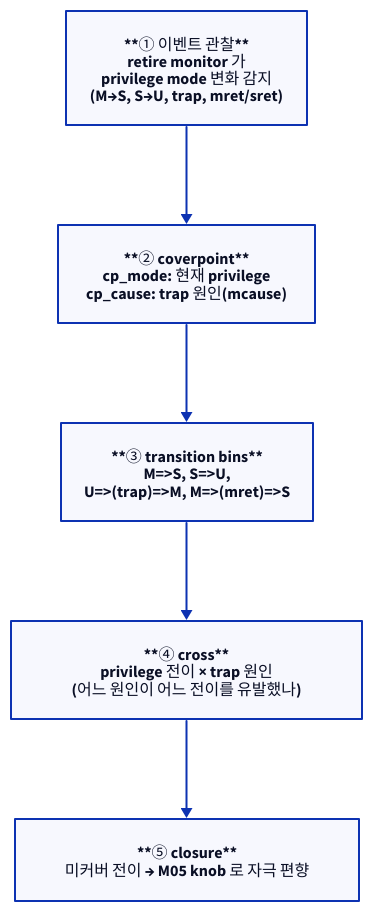
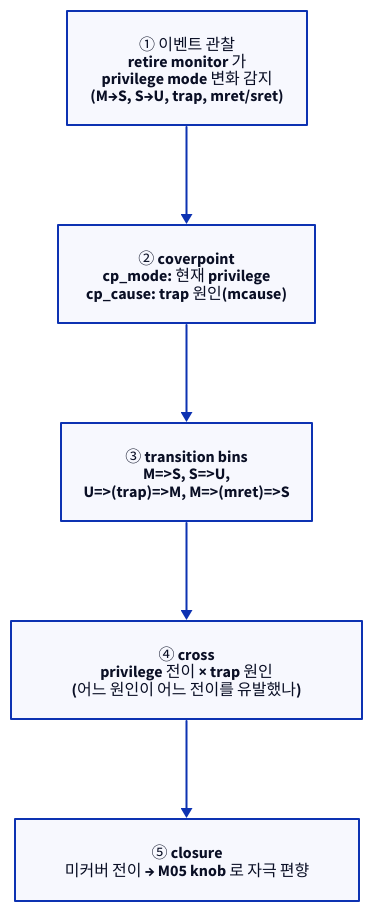
One commit to humbleowl39/DV_SKOOL changed the second of 4 diagrams in starlight_site/src/content/docs/cpu_dv/07_coverage_special_areas.md. Above: the diagram before and after it, drawn with D2. The commit also changed other lines of this file and 714 other files, not shown here.

First line of the commit message:
fix(site): d2 다이어그램 가독성 결함 6종 일괄 수정

````diff
--- a/starlight_site/src/content/docs/cpu_dv/07_coverage_special_areas.md
+++ b/starlight_site/src/content/docs/cpu_dv/07_coverage_special_areas.md
@@ -87,10 +87,10 @@
 ```d2
 direction: down
 
-S1: "**① 이벤트 관찰**\nretire monitor 가\nprivilege mode 변화 감지\n(M→S, S→U, trap, mret/sret)"
-S2: "**② coverpoint**\ncp_mode: 현재 privilege\ncp_cause: trap 원인(mcause)"
-S3: "**③ transition bins**\nM=>S, S=>U,\nU=>(trap)=>M, M=>(mret)=>S"
-S4: "**④ cross**\nprivilege 전이 × trap 원인\n(어느 원인이 어느 전이를 유발했나)"
-S5: "**⑤ closure**\n미커버 전이 → M05 knob 로 자극 편향"
+S1: "① 이벤트 관찰\nretire monitor 가\nprivilege mode 변화 감지\n(M→S, S→U, trap, mret/sret)"
+S2: "② coverpoint\ncp_mode: 현재 privilege\ncp_cause: trap 원인(mcause)"
+S3: "③ transition bins\nM=>S, S=>U,\nU=>(trap)=>M, M=>(mret)=>S"
+S4: "④ cross\nprivilege 전이 × trap 원인\n(어느 원인이 어느 전이를 유발했나)"
+S5: "⑤ closure\n미커버 전이 → M05 knob 로 자극 편향"
 S1 -> S2 -> S3 -> S4 -> S5
 ```
````
